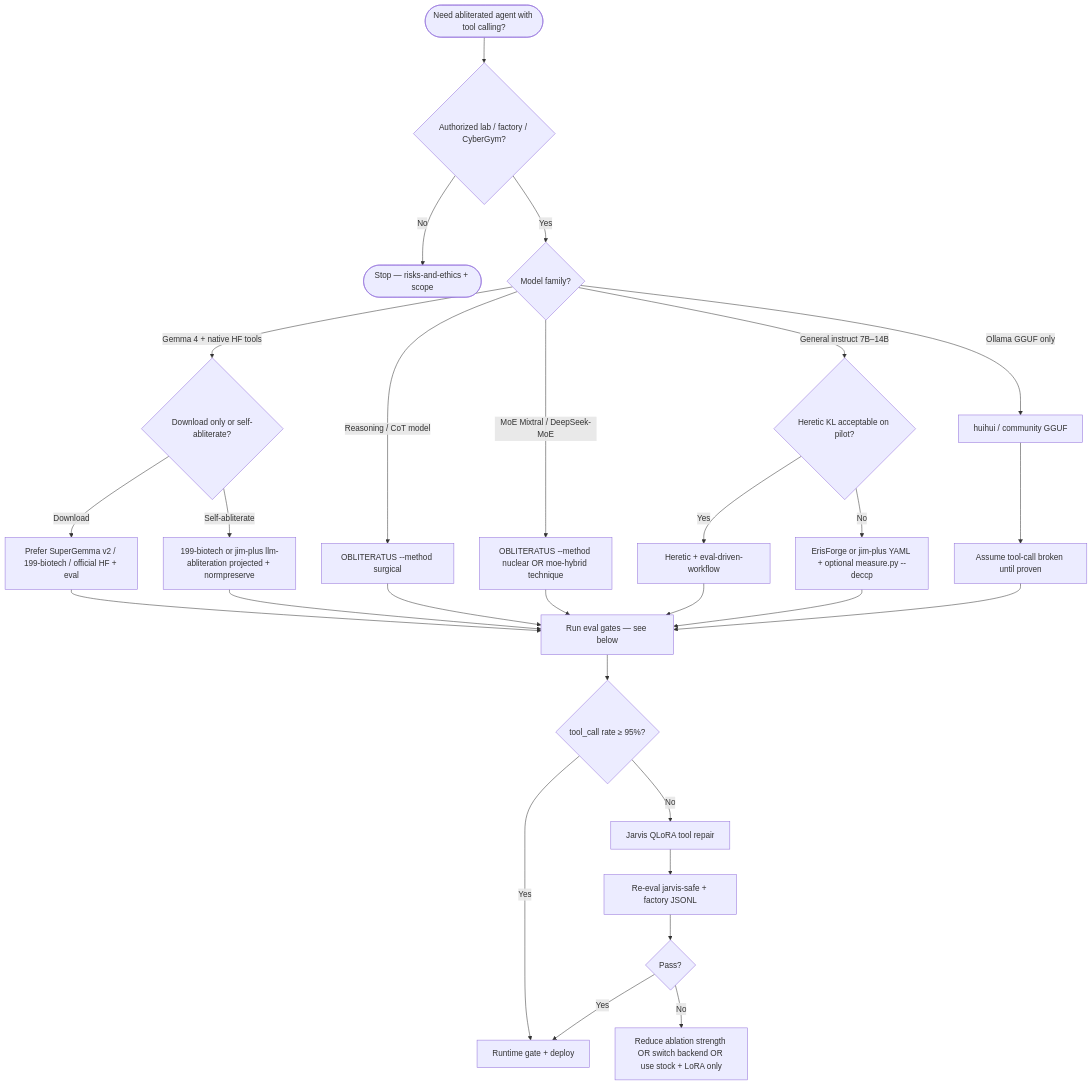
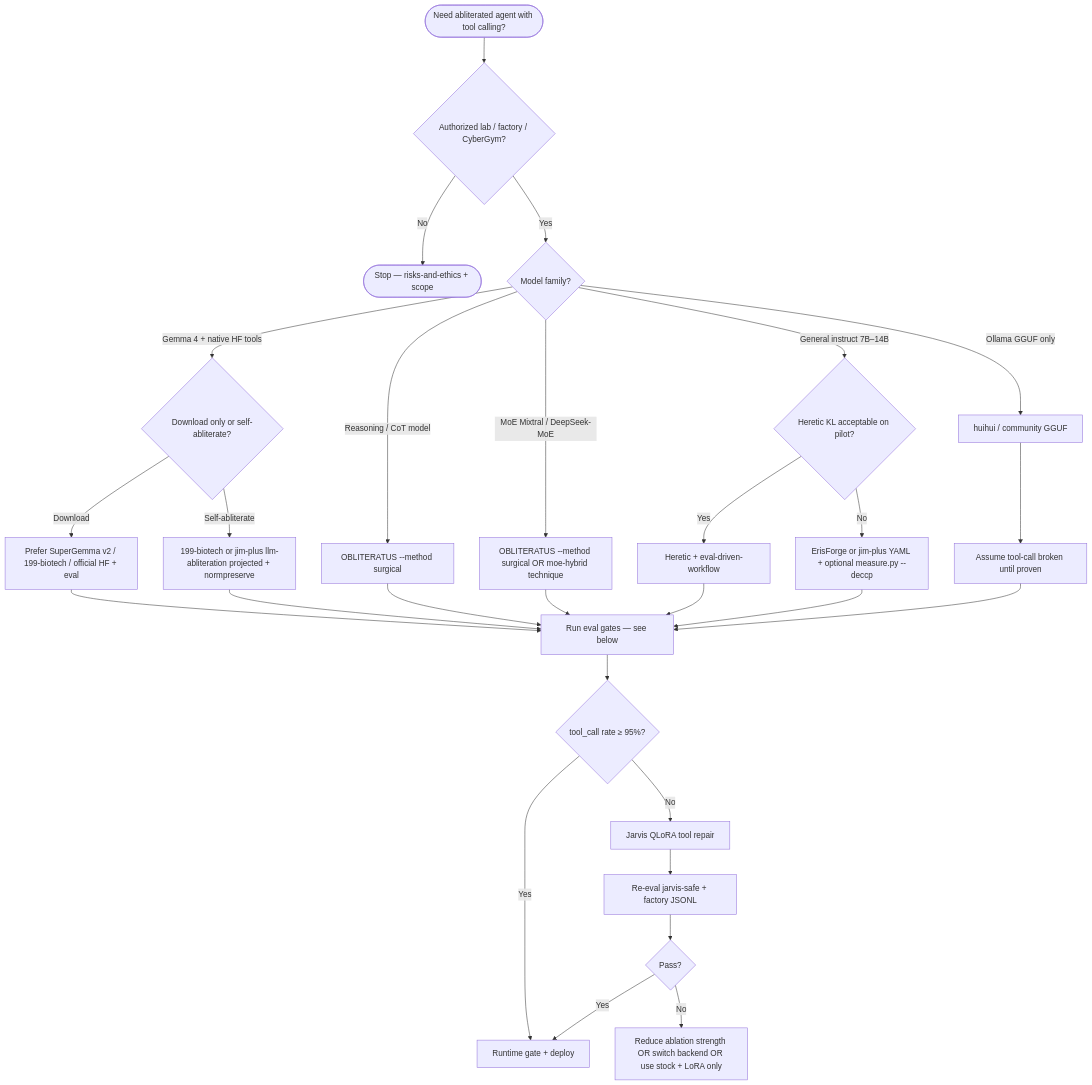
The first of 2 diagrams in docs/tools/abliteration-tooling.md (adybag14-cyber/Abliteration), drawn with Mermaid before and after one commit. The commit also changed other lines of this file and 20 other files, not shown here.

````diff
--- a/docs/tools/abliteration-tooling.md
+++ b/docs/tools/abliteration-tooling.md
@@ -216,36 +216,36 @@
 ```mermaid
 flowchart TD
   START([Need abliterated agent with tool calling?]) --> Q1{Authorized lab / factory / CyberGym?}
   Q1 -->|No| STOP([Stop — risks-and-ethics + scope])
   Q1 -->|Yes| Q2{Model family?}
 
   Q2 -->|Gemma 4 + native HF tools| G1{Download only or self-abliterate?}
   G1 -->|Download| G2[Prefer SuperGemma v2 / 199-biotech / official HF + eval]
   G1 -->|Self-abliterate| G3[199-biotech or jim-plus llm-abliteration projected + normpreserve]
   G2 --> EVAL
   G3 --> EVAL
 
   Q2 -->|Reasoning / CoT model| R1[OBLITERATUS --method surgical]
   R1 --> EVAL
 
-  Q2 -->|MoE Mixtral / DeepSeek-MoE| M1[OBLITERATUS --method nuclear OR moe-hybrid technique]
+  Q2 -->|MoE Mixtral / DeepSeek-MoE| M1[OBLITERATUS --method surgical OR moe-hybrid technique]
   M1 --> EVAL
 
   Q2 -->|General instruct 7B–14B| H1{Heretic KL acceptable on pilot?}
   H1 -->|Yes| H2[Heretic + eval-driven-workflow]
   H1 -->|No| H3[ErisForge or jim-plus YAML + optional measure.py --deccp]
   H2 --> EVAL
   H3 --> EVAL
 
   Q2 -->|Ollama GGUF only| O1[huihui / community GGUF]
   O1 --> WARN[Assume tool-call broken until proven]
   WARN --> EVAL
 
   EVAL[Run eval gates — see below] --> Q3{tool_call rate ≥ 95%?}
   Q3 -->|Yes| SHIP[Runtime gate + deploy]
   Q3 -->|No| REPAIR[Jarvis QLoRA tool repair]
   REPAIR --> EVAL2[Re-eval jarvis-safe + factory JSONL]
   EVAL2 --> Q4{Pass?}
   Q4 -->|Yes| SHIP
   Q4 -->|No| MILD[Reduce ablation strength OR switch backend OR use stock + LoRA only]
 ```
````
